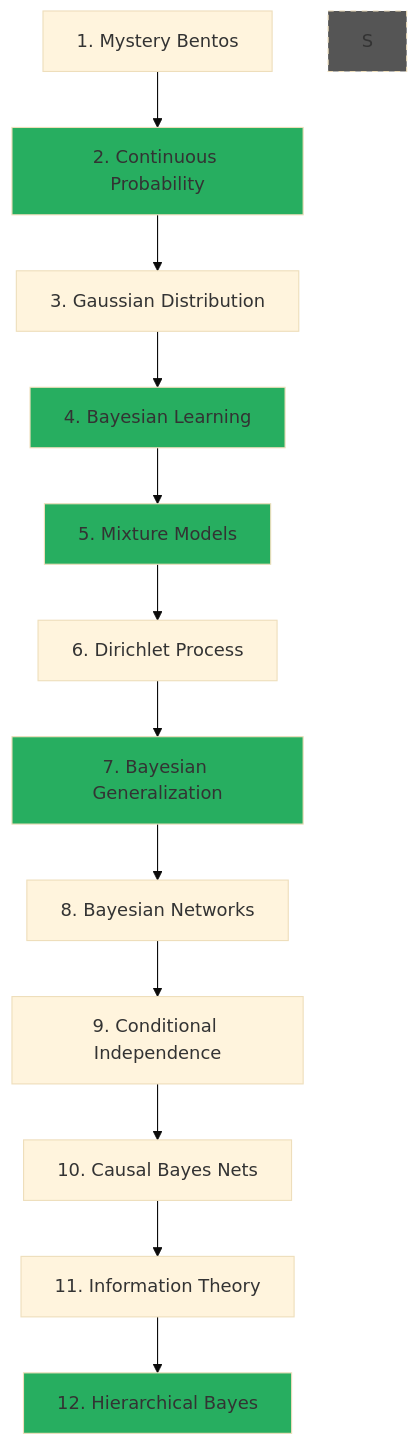
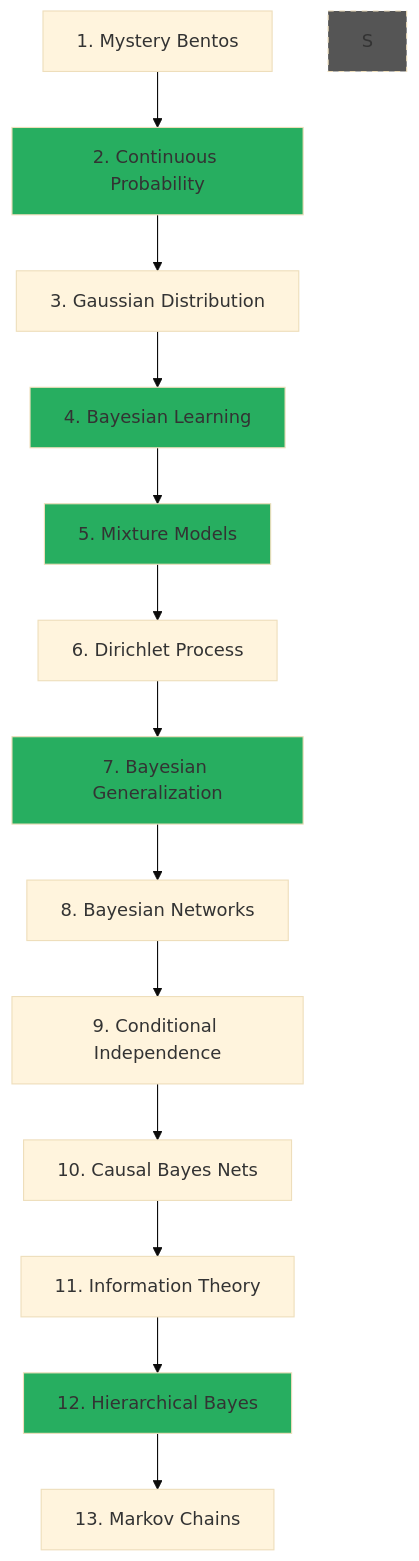
The diagram in content/intro2/_index.md (josephausterweil/probintro), drawn with Mermaid (base theme) before and after one commit. The commit also changed other lines of this file and 2 other files, not shown here.

First line of the commit message:
T3 Ch 13: Markov Chains — The Future Forgets the Past

````diff
--- a/content/intro2/_index.md
+++ b/content/intro2/_index.md
@@ -34,23 +34,24 @@
 ```mermaid
 graph TB
     A[1. Mystery Bentos] --> B[2. Continuous Probability]
     B --> C[3. Gaussian Distribution]
     C --> D[4. Bayesian Learning]
     D --> E[5. Mixture Models]
     E --> F[6. Dirichlet Process]
     F --> G[7. Bayesian Generalization]
     G --> H[8. Bayesian Networks]
     H --> I[9. Conditional Independence]
     I --> J[10. Causal Bayes Nets]
     J --> K[11. Information Theory]
     K --> L[12. Hierarchical Bayes]
+    L --> M[13. Markov Chains]
 
     style B fill:#27ae60
     style D fill:#27ae60
     style E fill:#27ae60
     style G fill:#27ae60
     style L fill:#27ae60
     style S fill:#555,stroke-dasharray: 5 5
 
     classDef foundational fill:#27ae60,stroke:#333,stroke-width:2px,color:#fff
 ```
````
